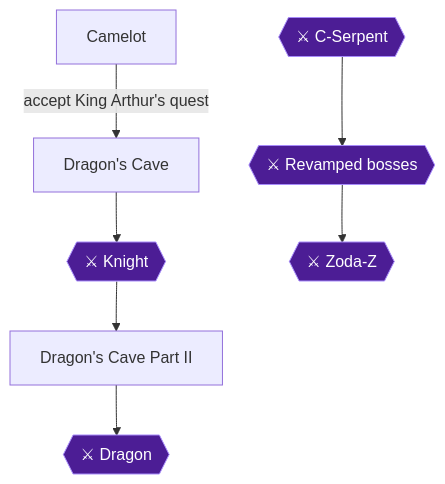
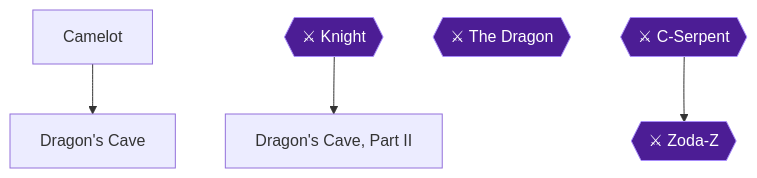
One commit to MajinFro/retro-walkthroughs changed the tenth of 11 diagrams in content/research/1984/06_graph.md. Above: the diagram before and after it, drawn with Mermaid. The commit also changed other lines of this file and 100 other files, not shown here.

````diff
--- a/content/research/1984/06_graph.md
+++ b/content/research/1984/06_graph.md
@@ -386,20 +338,16 @@
 ```mermaid
 flowchart TD
   Camelot["Camelot"]
-  Dragons_Cave["Dragon's Cave"]
+  DragonsCave["Dragon's Cave"]
   Knight{{"⚔ Knight"}}
-  Dragons_Cave_Part_II["Dragon's Cave Part II"]
-  Dragon{{"⚔ Dragon"}}
-  C_Serpent{{"⚔ C-Serpent"}}
-  Boss_Rematches{{"⚔ Revamped bosses"}}
-  Zoda_Z{{"⚔ Zoda-Z"}}
-  Camelot -->|accept King Arthur's quest| Dragons_Cave
-  Dragons_Cave --> Knight
-  Knight --> Dragons_Cave_Part_II
-  Dragons_Cave_Part_II --> Dragon
-  C_Serpent --> Boss_Rematches
-  Boss_Rematches --> Zoda_Z
+  DragonsCave2["Dragon's Cave, Part II"]
+  Dragon{{"⚔ The Dragon"}}
+  CSerpent{{"⚔ C-Serpent"}}
+  ZodaZ{{"⚔ Zoda-Z"}}
+  Camelot --> DragonsCave
+  Knight --> DragonsCave2
+  CSerpent --> ZodaZ
   classDef ponr fill:#7f1d1d,stroke:#f87171,color:#fff;
   classDef boss fill:#4c1d95,stroke:#a78bfa,color:#fff;
-  class Knight,Dragon,C_Serpent,Boss_Rematches,Zoda_Z boss;
+  class Knight,Dragon,CSerpent,ZodaZ boss;
 ```
````
